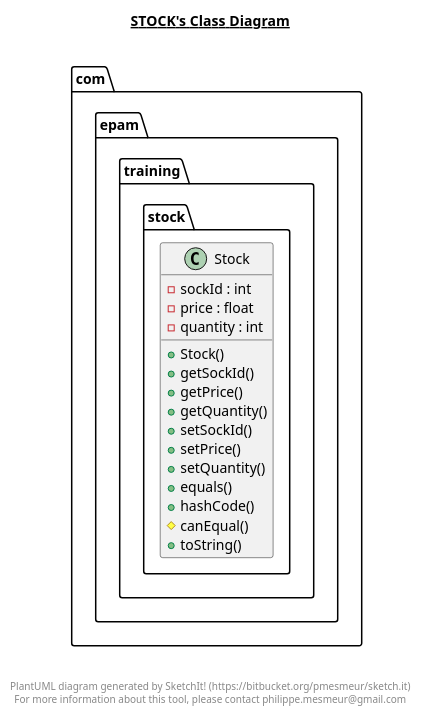
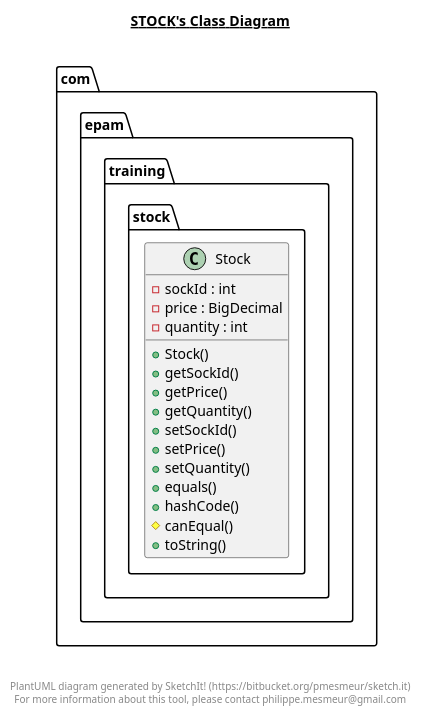
One commit to nik-nenkov/tutoring-rest-api-with-java changed the diagram in src/main/java/com/epam/training/stock/stock.plantuml. Above: the diagram before and after it, drawn with PlantUML. The commit also changed 23 other files, not shown here.

```diff
--- a/src/main/java/com/epam/training/stock/stock.plantuml
+++ b/src/main/java/com/epam/training/stock/stock.plantuml
@@ -1,34 +1,34 @@
 @startuml
 
 title __STOCK's Class Diagram__\n
 
   package com.epam.training.stock {
     class Stock {
         - sockId : int
-        - price : float
+        - price : BigDecimal
         - quantity : int
         + Stock()
         + getSockId()
         + getPrice()
         + getQuantity()
         + setSockId()
         + setPrice()
         + setQuantity()
         + equals()
         + hashCode()
         # canEqual()
         + toString()
     }
   }
   
 
 
 
 right footer
 
 
 PlantUML diagram generated by SketchIt! (https://bitbucket.org/pmesmeur/sketch.it)
 For more information about this tool, please contact philippe.mesmeur@gmail.com
 endfooter
 
 @enduml
```
